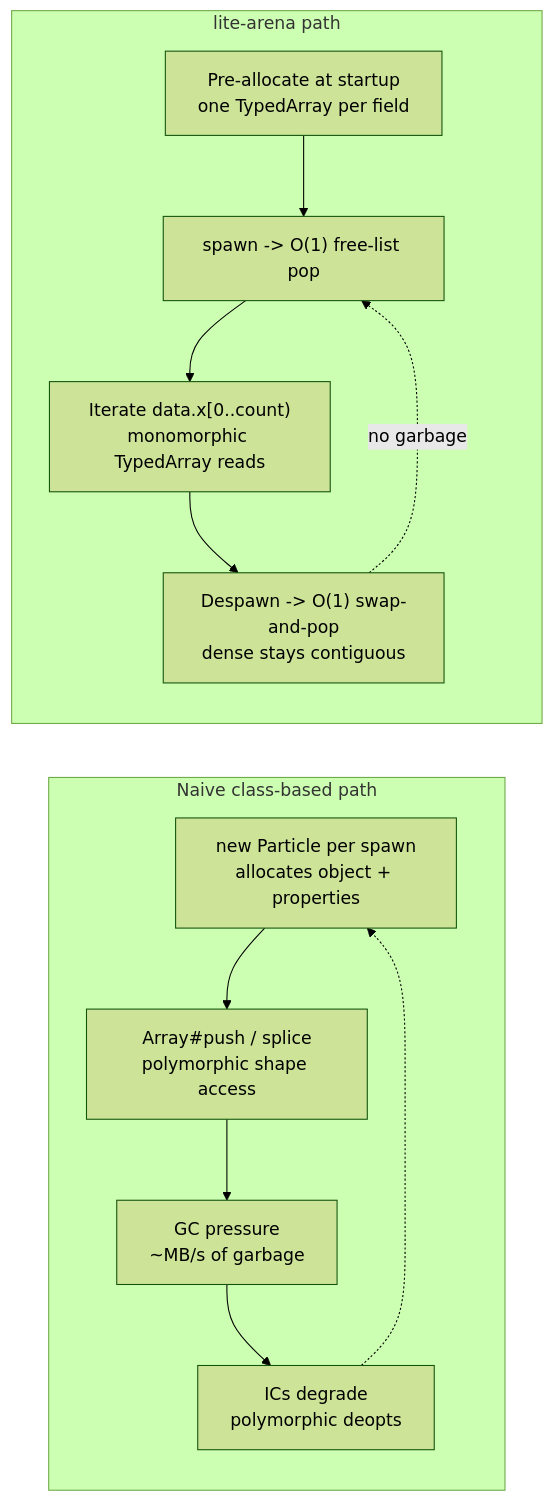
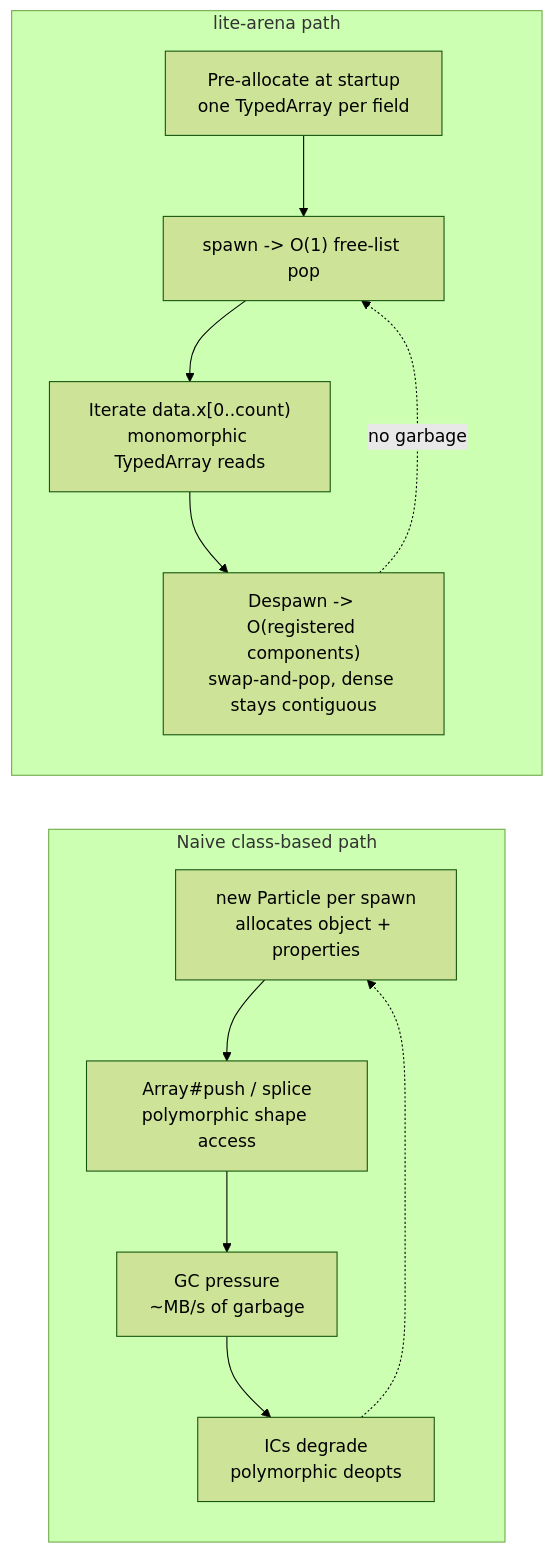
The first of 4 diagrams in README.md (PeshoVurtoleta/lite-arena), drawn with Mermaid (forest theme) before and after one commit. The commit also changed other lines of this file and 12 other files, not shown here.

````diff
--- a/README.md
+++ b/README.md
@@ -99,19 +99,19 @@
 ```mermaid
 flowchart LR
     subgraph N["Naive class-based path"]
         direction TB
         N1["new Particle per spawn<br/>allocates object + properties"]
         N2["Array#push / splice<br/>polymorphic shape access"]
         N3["GC pressure<br/>~MB/s of garbage"]
         N4["ICs degrade<br/>polymorphic deopts"]
         N1 --> N2 --> N3 --> N4 -.-> N1
     end
     subgraph A["lite-arena path"]
         direction TB
         A0["Pre-allocate at startup<br/>one TypedArray per field"]
         A1["spawn -> O(1) free-list pop"]
         A2["Iterate data.x[0..count)<br/>monomorphic TypedArray reads"]
-        A3["Despawn -> O(1) swap-and-pop<br/>dense stays contiguous"]
+        A3["Despawn -> O(registered components)<br/>swap-and-pop, dense stays contiguous"]
         A0 --> A1 --> A2 --> A3 -.->|no garbage| A1
     end
 ```
````
